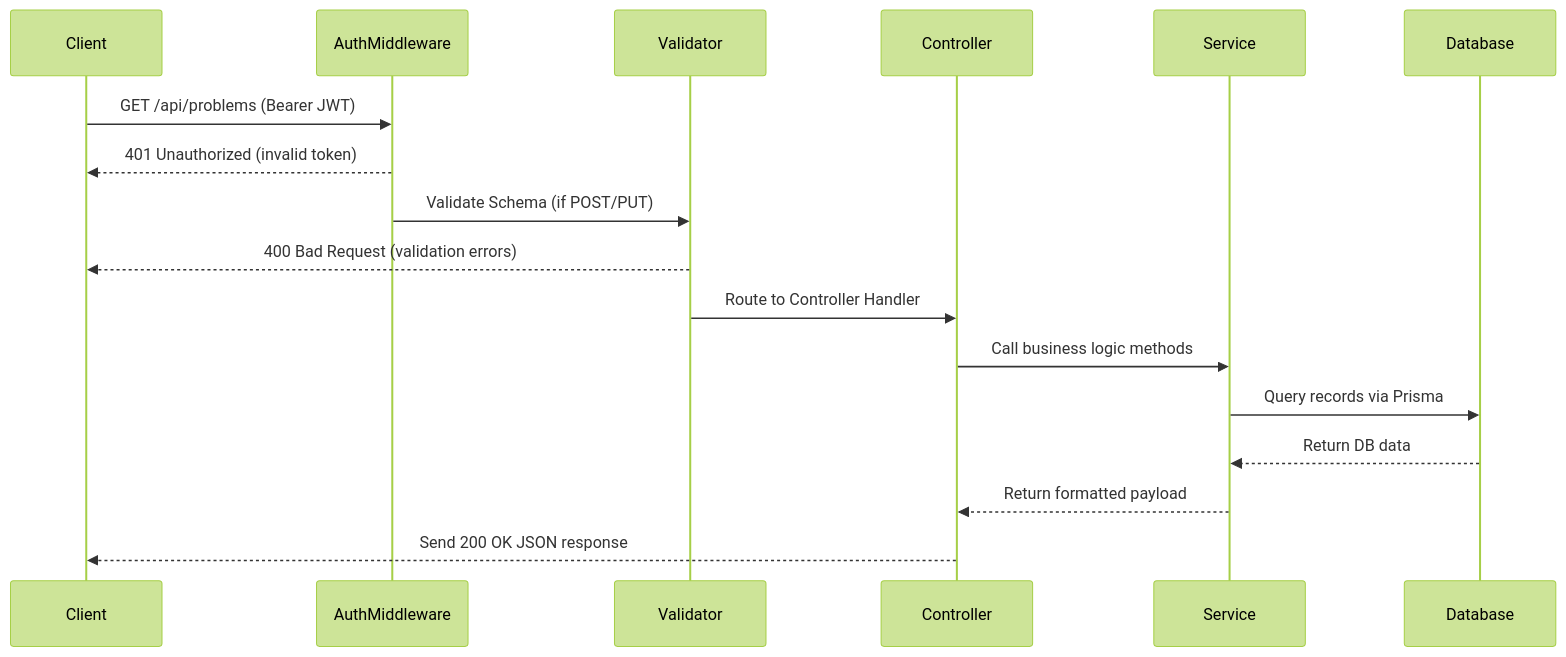
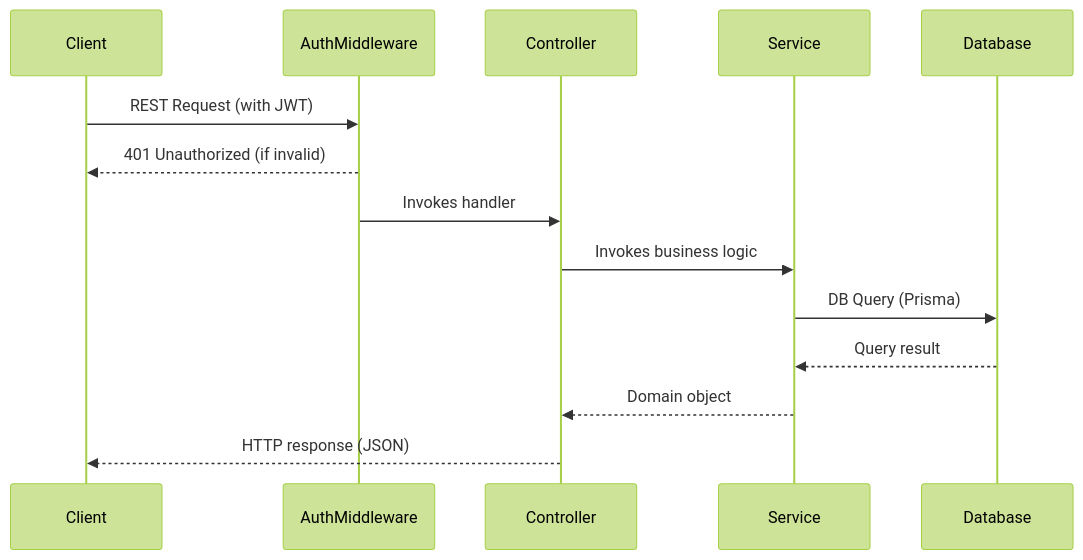
Before and after one commit to thehonoredone672/cm: the second of 2 diagrams in DEVELOPER_GUIDE.md, drawn with Mermaid (forest theme). The commit also changed other lines of this file and 37 other files, not shown here.

````diff
--- a/DEVELOPER_GUIDE.md
+++ b/DEVELOPER_GUIDE.md
@@ -112,20 +104,17 @@
 ```mermaid
 sequenceDiagram
     participant Client
     participant AuthMiddleware
-    participant Validator
     participant Controller
     participant Service
     participant Database
 
-    Client->>AuthMiddleware: GET /api/problems (Bearer JWT)
-    AuthMiddleware-->>Client: 401 Unauthorized (invalid token)
-    AuthMiddleware->>Validator: Validate Schema (if POST/PUT)
-    Validator-->>Client: 400 Bad Request (validation errors)
-    Validator->>Controller: Route to Controller Handler
-    Controller->>Service: Call business logic methods
-    Service->>Database: Query records via Prisma
-    Database-->>Service: Return DB data
-    Service-->>Controller: Return formatted payload
-    Controller-->>Client: Send 200 OK JSON response
+    Client->>AuthMiddleware: REST Request (with JWT)
+    AuthMiddleware-->>Client: 401 Unauthorized (if invalid)
+    AuthMiddleware->>Controller: Invokes handler
+    Controller->>Service: Invokes business logic
+    Service->>Database: DB Query (Prisma)
+    Database-->>Service: Query result
+    Service-->>Controller: Domain object
+    Controller-->>Client: HTTP response (JSON)
 ```
````
